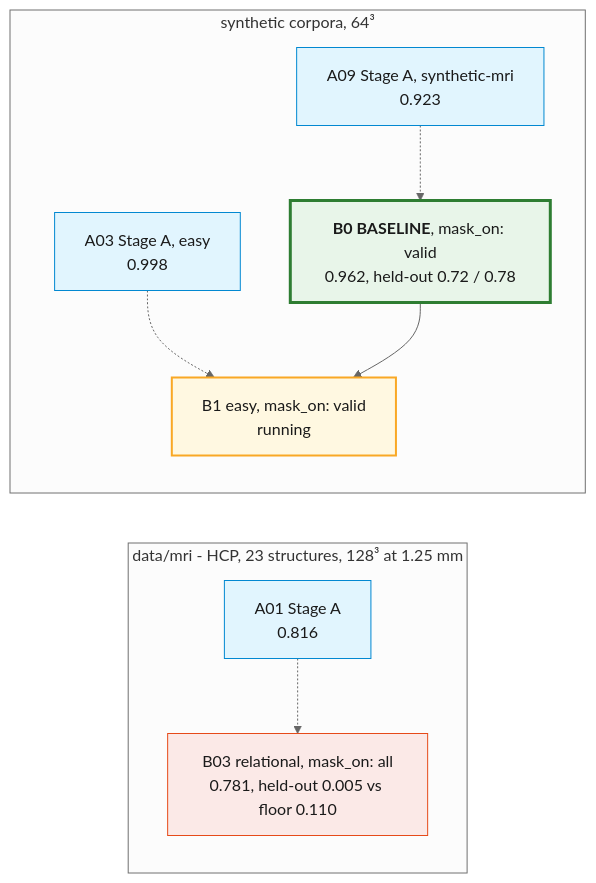
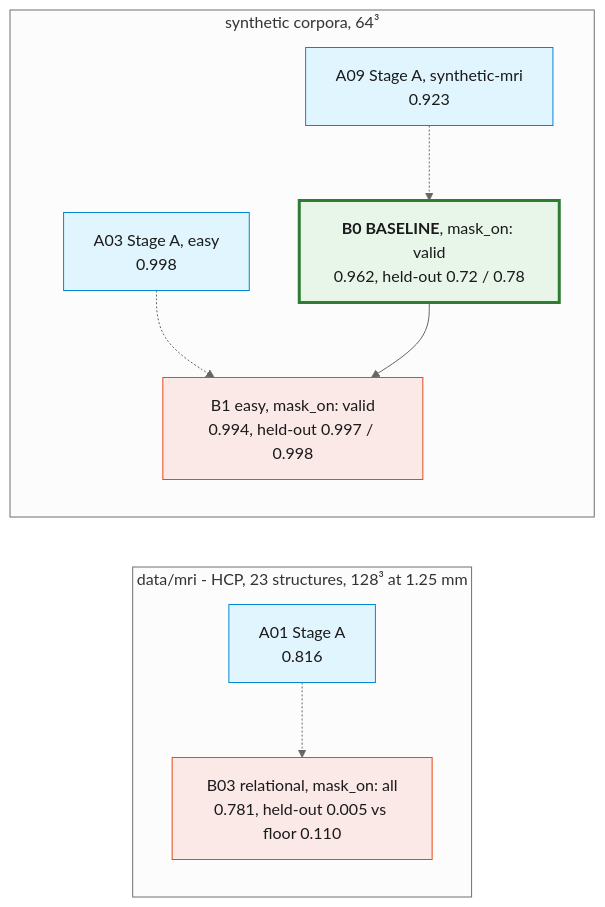
The diagram in documentation/Result_tracker/Result_tracker.md (MaximeHuppe/SpatialVox), drawn with Mermaid (neutral theme) before and after one commit. The commit also changed other lines of this file and 4 other files, not shown here.

````diff
--- a/documentation/Result_tracker/Result_tracker.md
+++ b/documentation/Result_tracker/Result_tracker.md
@@ -33,25 +33,25 @@
 ```mermaid
 flowchart LR
     subgraph MRI["data/mri - HCP, 23 structures, 128³ at 1.25 mm"]
         A01["A01 Stage A<br/>0.816"]
         B03["B03 relational, mask_on: all<br/>0.781, held-out 0.005 vs floor 0.110"]
     end
     subgraph SYN["synthetic corpora, 64³"]
         A09["A09 Stage A, synthetic-mri<br/>0.923"]
         B0["<b>B0 BASELINE</b>, mask_on: valid<br/>0.962, held-out 0.72 / 0.78"]
         A03["A03 Stage A, easy<br/>0.998"]
-        B1["B1 easy, mask_on: valid<br/>running"]
+        B1["B1 easy, mask_on: valid<br/>0.994, held-out 0.997 / 0.998"]
     end
     A01 -.-> B03
     A09 -.-> B0
     A03 -.-> B1
     B0 --> B1
     classDef stageA fill:#e1f5fe,stroke:#0288d1,color:#1a1a1a;
     classDef stageB fill:#fbe9e7,stroke:#e64a19,color:#1a1a1a;
     classDef base fill:#e8f5e9,stroke:#2e7d32,stroke-width:3px,color:#1a1a1a;
     classDef running fill:#fff8e1,stroke:#f9a825,stroke-width:2px,color:#1a1a1a;
     class A01,A03,A09 stageA;
     class B03 stageB;
     class B0 base;
-    class B1 running;
+    class B1 stageB;
 ```
````
